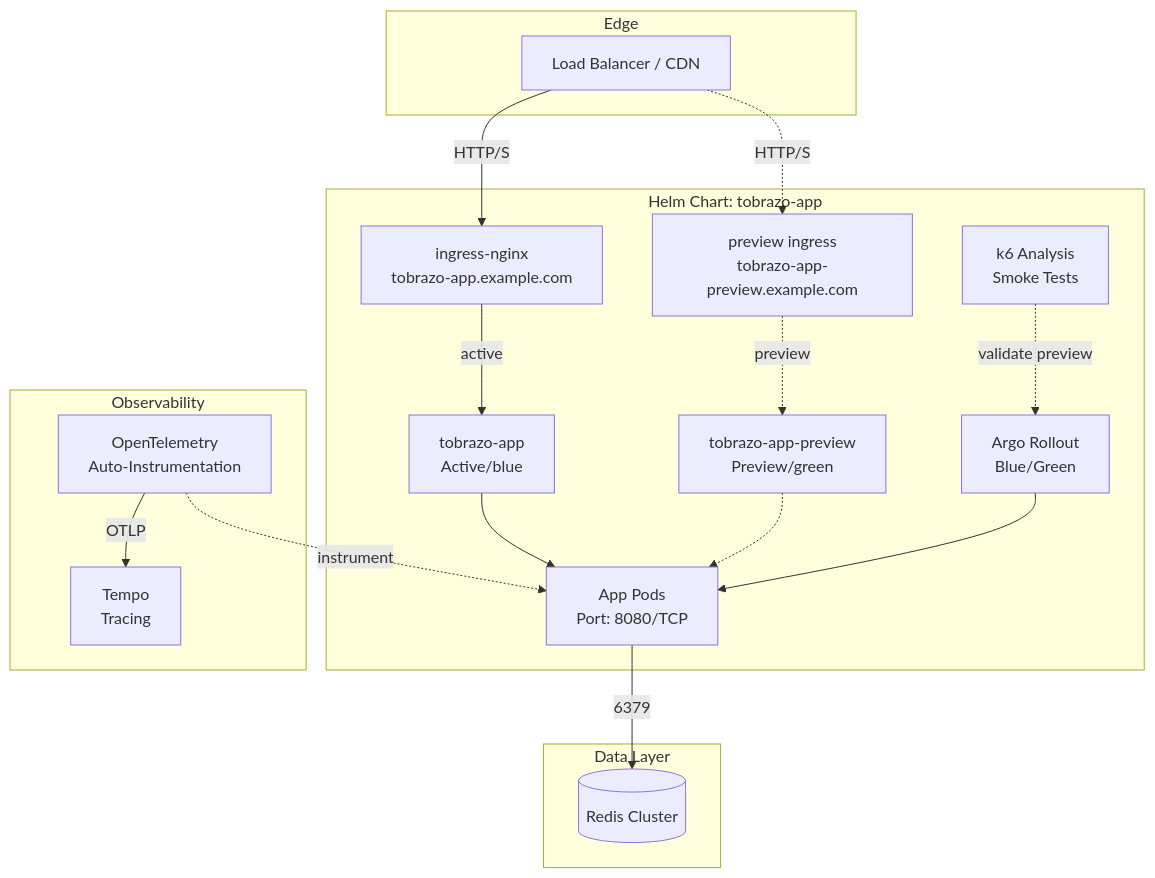
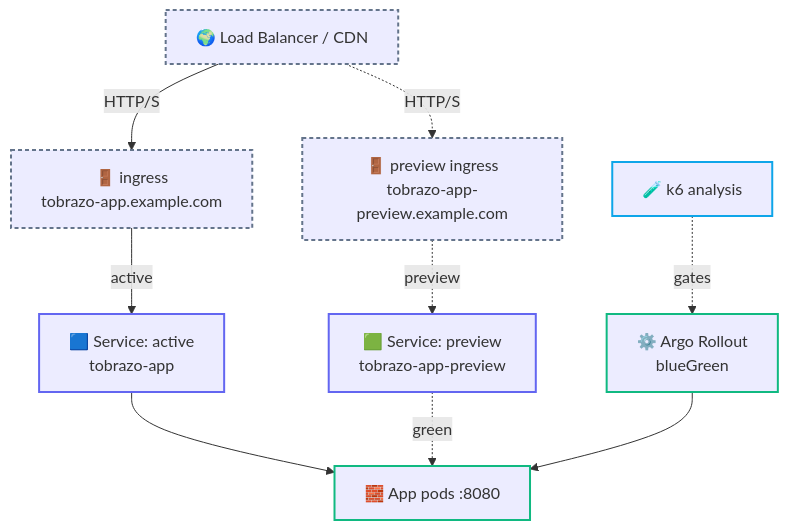
One commit to tobrazo/devops changed the first of 3 diagrams in helm-charts/argo-rollouts-blue-green/README.md. Above: the diagram before and after it, drawn with Mermaid. The commit also changed other lines of this file and 26 other files, not shown here.

````diff
--- a/helm-charts/argo-rollouts-blue-green/README.md
+++ b/helm-charts/argo-rollouts-blue-green/README.md
@@ -27,38 +22,19 @@
 ```mermaid
 flowchart TD
+  lb["🌍 Load Balancer / CDN"] -->|HTTP/S| ingress["🚪 ingress<br/>tobrazo-app.example.com"]
+  lb -. HTTP/S .-> pIngress["🚪 preview ingress<br/>tobrazo-app-preview.example.com"]
 
-subgraph edge["Edge"]
-  lb[Load Balancer / CDN]
-end
+  ingress -->|active| svcA["🟦 Service: active<br/>tobrazo-app"]
+  pIngress -. preview .-> svcP["🟩 Service: preview<br/>tobrazo-app-preview"]
 
-subgraph chart["Helm Chart: tobrazo-app"]
-  ingress[ingress-nginx<br/>tobrazo-app.example.com]
-  previewIngress[preview ingress<br/>tobrazo-app-preview.example.com]
-  svc_active[tobrazo-app<br/>Active/blue]
-  svc_preview[tobrazo-app-preview<br/>Preview/green]
-  rollout[Argo Rollout<br/>Blue/Green]
-  pods[App Pods<br/>Port: 8080/TCP]
-  analysis[k6 Analysis<br/>Smoke Tests]
-end
+  svcA --> pods["🧱 App pods :8080"]
+  svcP -. green .-> pods
+  rollout["⚙️ Argo Rollout<br/>blueGreen"] --> pods
+  analysis["🧪 k6 analysis"] -. gates .-> rollout
 
-subgraph data["Data Layer"]
-  redis[(Redis Cluster)]
-end
-
-subgraph observability["Observability"]
-  otel[OpenTelemetry<br/>Auto-Instrumentation]
-  tempo[Tempo<br/>Tracing]
-end
-
-lb -->|HTTP/S| ingress
-lb -.->|HTTP/S| previewIngress
-ingress -->|active| svc_active
-previewIngress -.->|preview| svc_preview
-svc_active --> pods
-svc_preview -.-> pods
-rollout --> pods
-analysis -.->|validate preview| rollout
-pods -->|6379| redis
-otel -.->|instrument| pods
-otel -->|OTLP| tempo
+  classDef ctrl stroke:#6366f1,stroke-width:2px;
+  classDef deliver stroke:#10b981,stroke-width:2px;
+  classDef obs stroke:#0ea5e9,stroke-width:2px;
+  classDef edge stroke:#64748b,stroke-width:2px,stroke-dasharray:4 3;
+  class lb,ingress,pIngress edge; class svcA,svcP ctrl; class pods,rollout deliver; class analysis obs;
 ```
````
